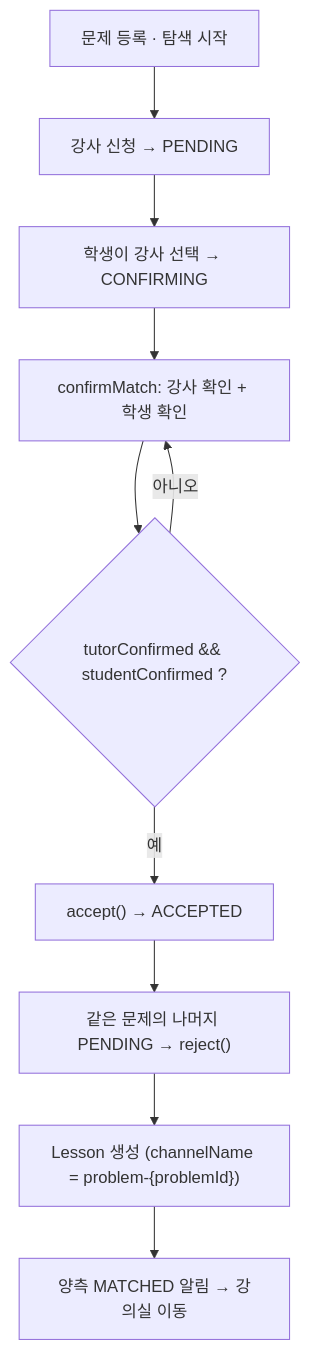
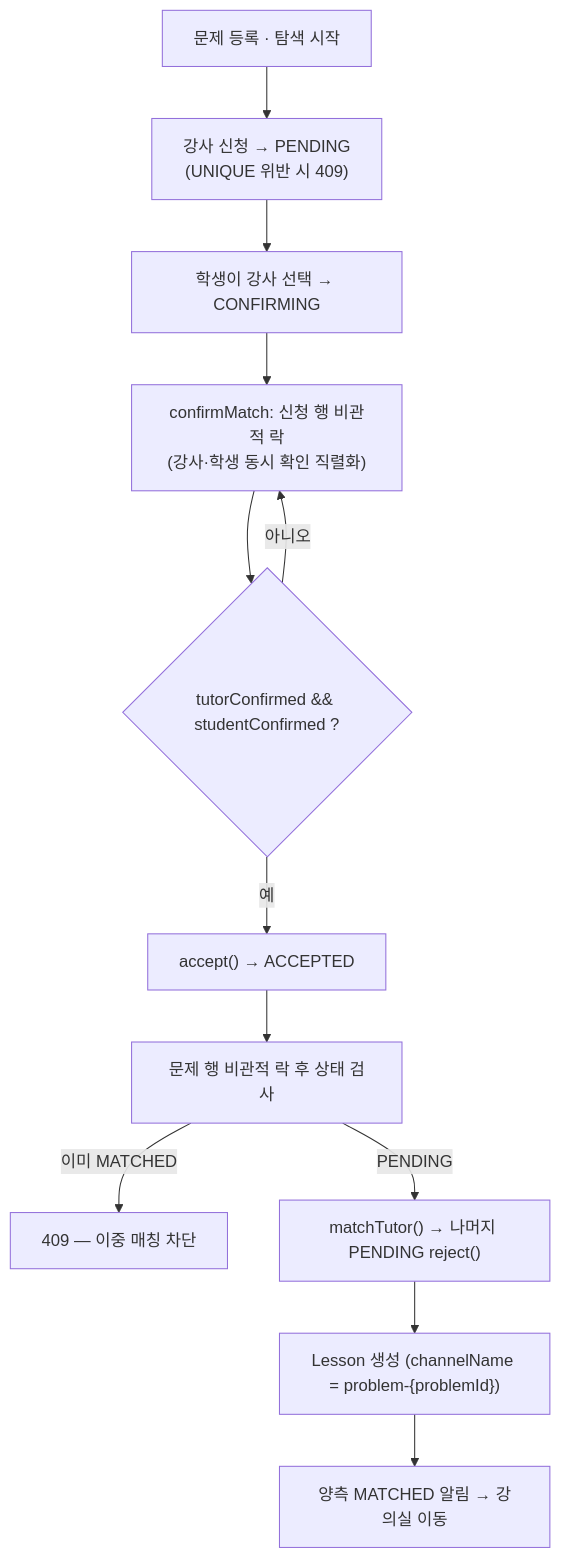
Before and after one commit to ieums/onsaem: the second of 2 diagrams in wiki/매칭-상태머신.md, drawn with Mermaid. The commit also changed other lines of this file and 10 other files, not shown here.

Commit message:
docs: 위키 코드 기준 갱신·인프라 문서 추가, README 정리·팀 정보 갱신, 아키텍처·ERD 이미지 추가

````diff
--- a/wiki/매칭-상태머신.md
+++ b/wiki/매칭-상태머신.md
@@ -42,12 +48,14 @@
 ```mermaid
 flowchart TB
-    A["문제 등록 · 탐색 시작"] --> B["강사 신청 → PENDING"]
+    A["문제 등록 · 탐색 시작"] --> B["강사 신청 → PENDING<br/>(UNIQUE 위반 시 409)"]
     B --> C["학생이 강사 선택 → CONFIRMING"]
-    C --> D["confirmMatch: 강사 확인 + 학생 확인"]
+    C --> D["confirmMatch: 신청 행 비관적 락<br/>(강사·학생 동시 확인 직렬화)"]
     D --> E{"tutorConfirmed && studentConfirmed ?"}
     E -- "아니오" --> D
     E -- "예" --> F["accept() → ACCEPTED"]
-    F --> G["같은 문제의 나머지 PENDING → reject()"]
-    G --> H["Lesson 생성 (channelName = problem-{problemId})"]
-    H --> I["양측 MATCHED 알림 → 강의실 이동"]
+    F --> G["문제 행 비관적 락 후 상태 검사"]
+    G -- "이미 MATCHED" --> X["409 — 이중 매칭 차단"]
+    G -- "PENDING" --> H["matchTutor() → 나머지 PENDING reject()"]
+    H --> I["Lesson 생성 (channelName = problem-{problemId})"]
+    I --> J["양측 MATCHED 알림 → 강의실 이동"]
 ```
````
